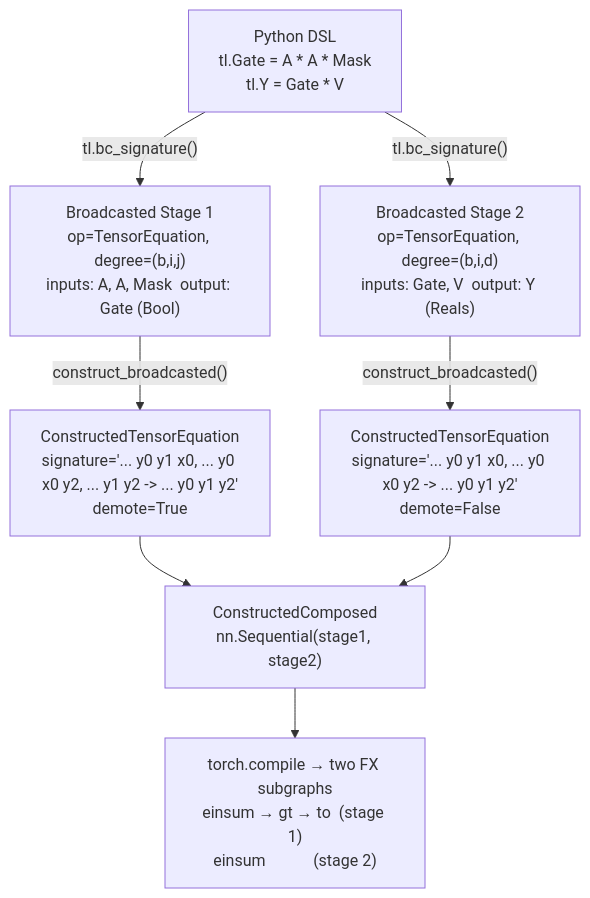
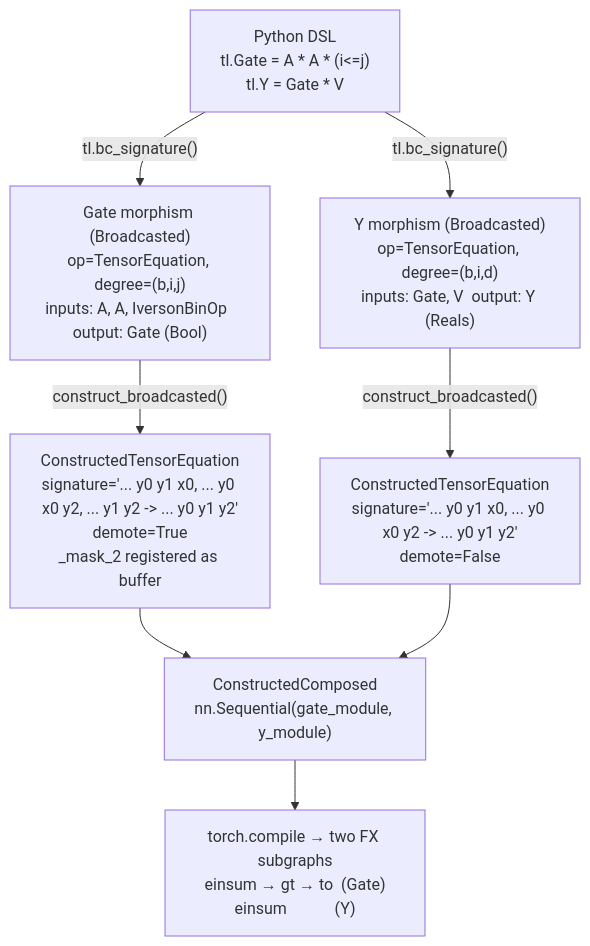
One commit to william-macready/pyncd changed the first of 6 diagrams in papers/pytorch_compilation.md. Above: the diagram before and after it, drawn with Mermaid. The commit also changed other lines of this file and 5 other files, not shown here.

````diff
--- a/papers/pytorch_compilation.md
+++ b/papers/pytorch_compilation.md
@@ -454,18 +645,18 @@
 ```mermaid
 flowchart TD
-    DSL["Python DSL\ntl.Gate = A * A * Mask\ntl.Y = Gate * V"]
-    BC1["Broadcasted Stage 1\nop=TensorEquation, degree=(b,i,j)\ninputs: A, A, Mask  output: Gate (Bool)"]
-    BC2["Broadcasted Stage 2\nop=TensorEquation, degree=(b,i,d)\ninputs: Gate, V  output: Y (Reals)"]
-    CM1["ConstructedTensorEquation\nsignature='... y0 y1 x0, ... y0 x0 y2, ... y1 y2 -> ... y0 y1 y2'\ndemote=True"]
+    DSL["Python DSL\ntl.Gate = A * A * (i<=j)\ntl.Y = Gate * V"]
+    BC1["Gate morphism (Broadcasted)\nop=TensorEquation, degree=(b,i,j)\ninputs: A, A, IversonBinOp  output: Gate (Bool)"]
+    BC2["Y morphism (Broadcasted)\nop=TensorEquation, degree=(b,i,d)\ninputs: Gate, V  output: Y (Reals)"]
+    CM1["ConstructedTensorEquation\nsignature='... y0 y1 x0, ... y0 x0 y2, ... y1 y2 -> ... y0 y1 y2'\ndemote=True\n_mask_2 registered as buffer"]
     CM2["ConstructedTensorEquation\nsignature='... y0 y1 x0, ... y0 x0 y2 -> ... y0 y1 y2'\ndemote=False"]
-    COMP["ConstructedComposed\nnn.Sequential(stage1, stage2)"]
-    FX["torch.compile → two FX subgraphs\neinsum → gt → to  (stage 1)\neinsum            (stage 2)"]
+    COMP["ConstructedComposed\nnn.Sequential(gate_module, y_module)"]
+    FX["torch.compile → two FX subgraphs\neinsum → gt → to  (Gate)\neinsum            (Y)"]
 
     DSL -->|"tl.bc_signature()"| BC1
     DSL -->|"tl.bc_signature()"| BC2
     BC1 -->|"construct_broadcasted()"| CM1
     BC2 -->|"construct_broadcasted()"| CM2
     CM1 --> COMP
     CM2 --> COMP
     COMP --> FX
 ```
````
